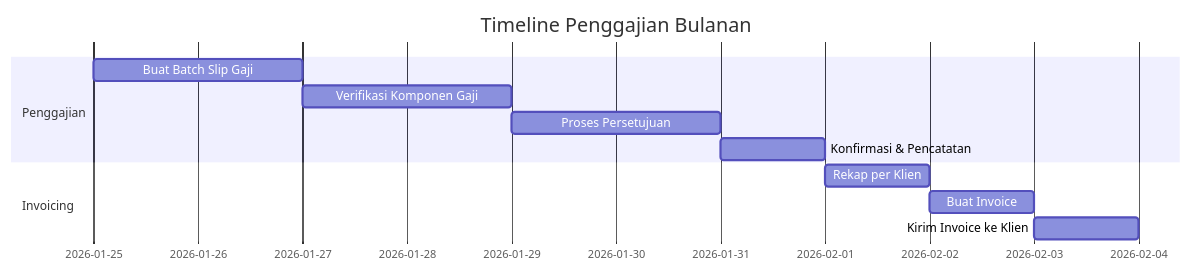
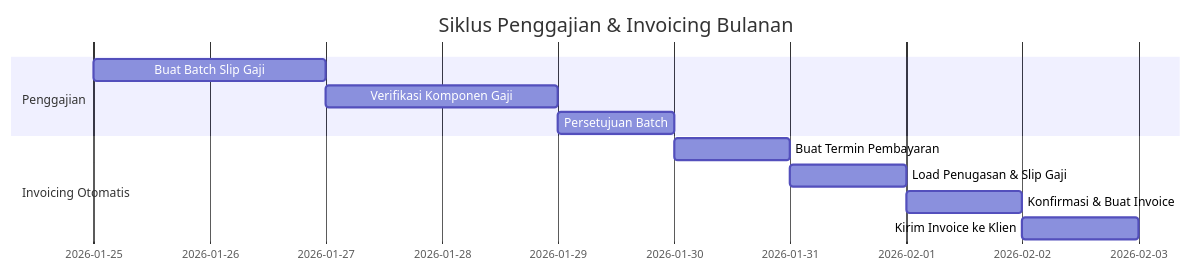
Before and after one commit to andhit-r/outsourcing-implementaton-doc: the fourth of 4 diagrams in docs/konsep/alur-bisnis.md, drawn with Mermaid. The commit also changed other lines of this file and 6 other files, not shown here.

First line of the commit message:
docs: tambahkan dokumentasi perjanjian outsource vendor-klien dan invoicing otomatis

````diff
--- a/docs/konsep/alur-bisnis.md
+++ b/docs/konsep/alur-bisnis.md
@@ -234,14 +205,14 @@
 ```mermaid
 gantt
-    title Timeline Penggajian Bulanan
+    title Siklus Penggajian & Invoicing Bulanan
     dateFormat  DD-MM
     section Penggajian
     Buat Batch Slip Gaji       :a1, 25-01, 2d
     Verifikasi Komponen Gaji   :a2, after a1, 2d
-    Proses Persetujuan         :a3, after a2, 2d
-    Konfirmasi & Pencatatan    :a4, after a3, 1d
-    section Invoicing
-    Rekap per Klien            :b1, after a4, 1d
-    Buat Invoice               :b2, after b1, 1d
-    Kirim Invoice ke Klien     :b3, after b2, 1d
+    Persetujuan Batch          :a3, after a2, 1d
+    section Invoicing Otomatis
+    Buat Termin Pembayaran     :b1, after a3, 1d
+    Load Penugasan & Slip Gaji :b2, after b1, 1d
+    Konfirmasi & Buat Invoice  :b3, after b2, 1d
+    Kirim Invoice ke Klien     :b4, after b3, 1d
 ```
````
